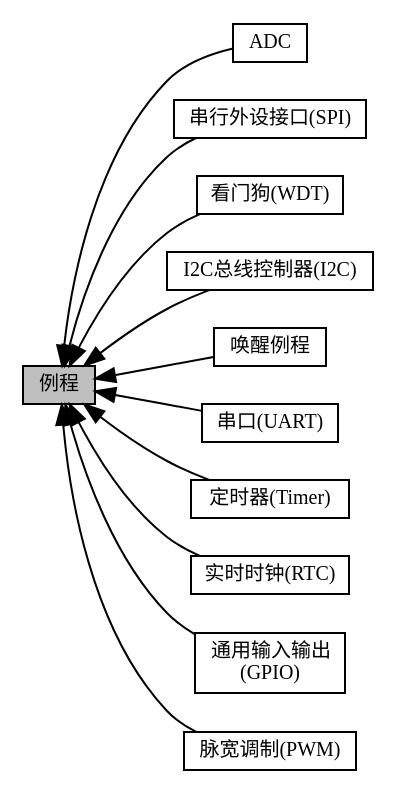
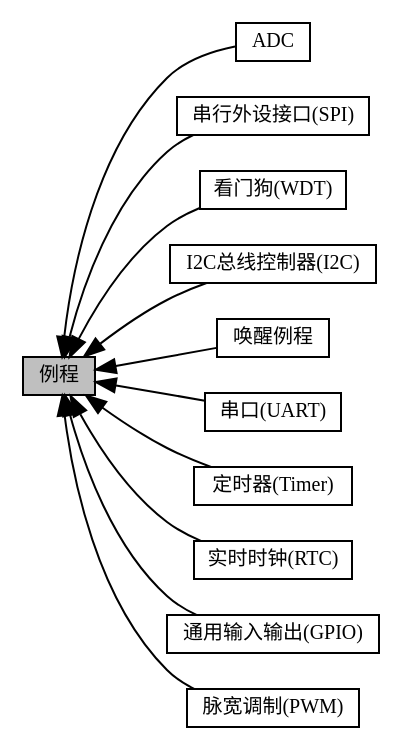
One commit to cuishengen/cuishengen.github.io changed the diagram in group__mwv__service__demo__device.dot. Above: the diagram before and after it, drawn with Graphviz. The commit also changed 212 other files, not shown here.

```diff
--- a/group__mwv__service__demo__device.dot
+++ b/group__mwv__service__demo__device.dot
@@ -1,27 +1,27 @@
 digraph "例程"
 {
   edge [fontname="黑体",fontsize="10",labelfontname="黑体",labelfontsize="10"];
-  node [fontname="黑体",fontsize="10",shape=record];
+  node [fontname="黑体",fontsize="10",shape=box];
   rankdir=LR;
-  Node1 [label="ADC",height=0.2,width=0.4,color="black", fillcolor="white", style="filled",URL="$group__mwv__demo__adc__all.html",tooltip="ADC相关例程 "];
-  Node6 [label="串行外设接口(SPI)",height=0.2,width=0.4,color="black", fillcolor="white", style="filled",URL="$group__am__demo__spi__all.html",tooltip="所有的SPI总线控制器相关例程 "];
-  Node10 [label="看门狗(WDT)",height=0.2,width=0.4,color="black", fillcolor="white", style="filled",URL="$group__am__demo__wwdt__all.html",tooltip="所有的看门狗相关例程 "];
-  Node3 [label="I2C总线控制器(I2C)",height=0.2,width=0.4,color="black", fillcolor="white", style="filled",URL="$group__am__demo__i2c__all.html",tooltip="所有的I2C总线控制器相关例程 "];
-  Node9 [label="唤醒例程",height=0.2,width=0.4,color="black", fillcolor="white", style="filled",URL="$group__am__demo__wakeup__all.html",tooltip="所有的唤醒相关例程 "];
-  Node8 [label="串口(UART)",height=0.2,width=0.4,color="black", fillcolor="white", style="filled",URL="$group__mwv__demo__uart__all.html",tooltip="所有的串口通信相关例程 "];
-  Node5 [label="定时器(Timer)",height=0.2,width=0.4,color="black", fillcolor="white", style="filled",URL="$group__am__demo__timer__all.html",tooltip="所有的定时器相关例程 "];
-  Node4 [label="实时时钟(RTC)",height=0.2,width=0.4,color="black", fillcolor="white", style="filled",URL="$group__am__demo__rtc__all.html",tooltip="所有的RTC实时时钟相关例程 "];
-  Node2 [label="通用输入输出\l(GPIO)",height=0.2,width=0.4,color="black", fillcolor="white", style="filled",URL="$group__am__demo__gpio__all.html",tooltip="GPIO相关例程 "];
-  Node7 [label="脉宽调制(PWM)",height=0.2,width=0.4,color="black", fillcolor="white", style="filled",URL="$group__mwv__demo__pwm.html",tooltip="所有的PWM相关例程 "];
-  Node0 [label="例程",height=0.2,width=0.4,color="black", fillcolor="grey75", style="filled", fontcolor="black"];
+  Node1 [label="ADC",height=0.2,width=0.4,color="black", fillcolor="white", style="filled",URL="$group__mwv__demo__adc__all.html",tooltip="ADC相关例程"];
+  Node6 [label="串行外设接口(SPI)",height=0.2,width=0.4,color="black", fillcolor="white", style="filled",URL="$group__am__demo__spi__all.html",tooltip="所有的SPI总线控制器相关例程"];
+  Node10 [label="看门狗(WDT)",height=0.2,width=0.4,color="black", fillcolor="white", style="filled",URL="$group__am__demo__wwdt__all.html",tooltip="所有的看门狗相关例程"];
+  Node3 [label="I2C总线控制器(I2C)",height=0.2,width=0.4,color="black", fillcolor="white", style="filled",URL="$group__am__demo__i2c__all.html",tooltip="所有的I2C总线控制器相关例程"];
+  Node9 [label="唤醒例程",height=0.2,width=0.4,color="black", fillcolor="white", style="filled",URL="$group__am__demo__wakeup__all.html",tooltip="所有的唤醒相关例程"];
+  Node8 [label="串口(UART)",height=0.2,width=0.4,color="black", fillcolor="white", style="filled",URL="$group__mwv__demo__uart__all.html",tooltip="所有的串口通信相关例程"];
+  Node5 [label="定时器(Timer)",height=0.2,width=0.4,color="black", fillcolor="white", style="filled",URL="$group__am__demo__timer__all.html",tooltip="所有的定时器相关例程"];
+  Node4 [label="实时时钟(RTC)",height=0.2,width=0.4,color="black", fillcolor="white", style="filled",URL="$group__am__demo__rtc__all.html",tooltip="所有的RTC实时时钟相关例程"];
+  Node2 [label="通用输入输出(GPIO)",height=0.2,width=0.4,color="black", fillcolor="white", style="filled",URL="$group__am__demo__gpio__all.html",tooltip="GPIO相关例程"];
+  Node7 [label="脉宽调制(PWM)",height=0.2,width=0.4,color="black", fillcolor="white", style="filled",URL="$group__mwv__demo__pwm.html",tooltip="所有的PWM相关例程"];
+  Node0 [label="例程",height=0.2,width=0.4,color="black", fillcolor="grey75", style="filled", fontcolor="black",tooltip="提供外设使用例程，例如SPI、I2C，UART"];
   Node0->Node1 [shape=plaintext, dir="back", style="solid"];
   Node0->Node2 [shape=plaintext, dir="back", style="solid"];
   Node0->Node3 [shape=plaintext, dir="back", style="solid"];
   Node0->Node4 [shape=plaintext, dir="back", style="solid"];
   Node0->Node5 [shape=plaintext, dir="back", style="solid"];
   Node0->Node6 [shape=plaintext, dir="back", style="solid"];
   Node0->Node7 [shape=plaintext, dir="back", style="solid"];
   Node0->Node8 [shape=plaintext, dir="back", style="solid"];
   Node0->Node9 [shape=plaintext, dir="back", style="solid"];
   Node0->Node10 [shape=plaintext, dir="back", style="solid"];
 }
```
